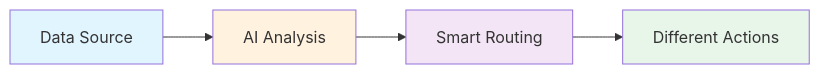
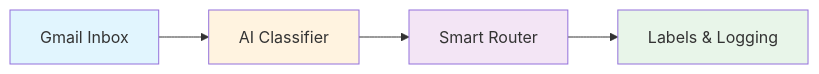
Before and after one commit to LouisChanCLY/automation-exercise: the diagram in docs/exercises/01-email-classification/index.md, drawn with Mermaid. The commit also changed other lines of this file and 3 other files, not shown here.

````diff
--- a/docs/exercises/01-email-classification/index.md
+++ b/docs/exercises/01-email-classification/index.md
@@ -36,11 +32,11 @@
 ```mermaid
 graph LR
-    A[Data Source] --> B[AI Analysis]
-    B --> C[Smart Routing]
-    C --> D[Different Actions]
+    A[Gmail Inbox] --> B[AI Classifier]
+    B --> C[Smart Router]
+    C --> D[Labels & Logging]
 
     style A fill:#e1f5fe
     style B fill:#fff3e0
     style C fill:#f3e5f5
     style D fill:#e8f5e9
 ```
````
